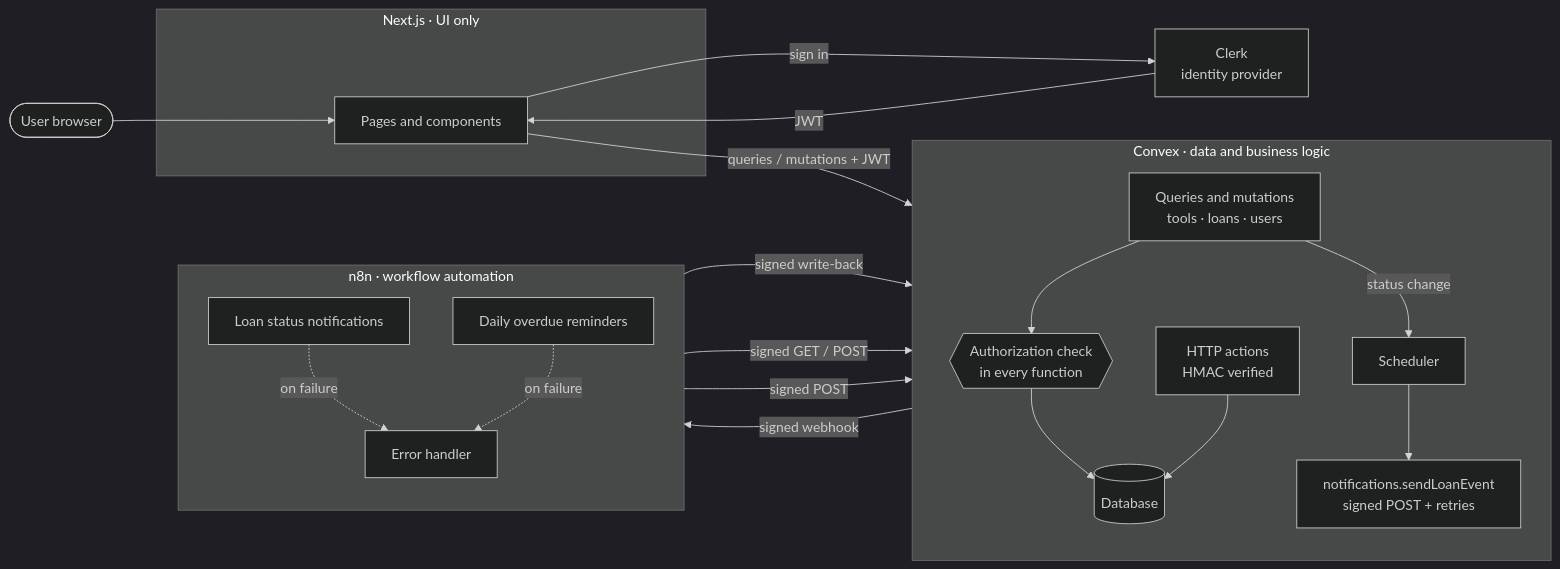
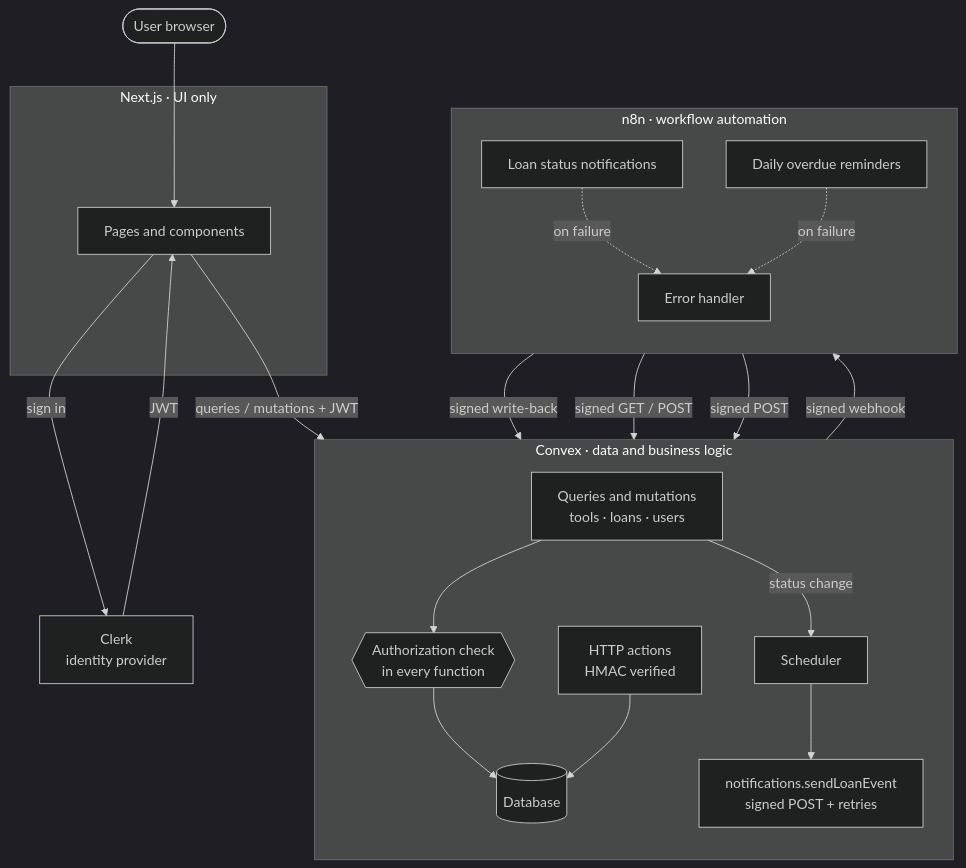
Before and after one commit to jhamiltonjunior/tool-lending-board: the first of 6 diagrams in README.md, drawn with Mermaid (dark theme).

Commit message:
docs: vertical architecture flowchart for readability

````diff
--- a/README.md
+++ b/README.md
@@ -63,41 +63,41 @@
 ```mermaid
-flowchart LR
+flowchart TB
     U([User browser])
 
     subgraph FE["Next.js · UI only"]
         UI[Pages and components]
     end
 
     CL[Clerk<br/>identity provider]
 
     subgraph CX["Convex · data and business logic"]
         direction TB
         FN["Queries and mutations<br/>tools · loans · users"]
         AZ{{"Authorization check<br/>in every function"}}
         DB[(Database)]
         SCH[Scheduler]
         ACT["notifications.sendLoanEvent<br/>signed POST + retries"]
         HTTP["HTTP actions<br/>HMAC verified"]
     end
 
     subgraph N8N["n8n · workflow automation"]
         direction TB
         W1[Loan status notifications]
         W2[Daily overdue reminders]
         W3[Error handler]
     end
 
     U --> UI
     UI -- sign in --> CL
     CL -- JWT --> UI
     UI -- "queries / mutations + JWT" --> FN
     FN --> AZ --> DB
     FN -- status change --> SCH --> ACT
     ACT -- "signed webhook" --> W1
     W1 -- "signed write-back" --> HTTP
     W2 -- "signed GET / POST" --> HTTP
     HTTP --> DB
     W1 -. on failure .-> W3
     W2 -. on failure .-> W3
     W3 -- "signed POST" --> HTTP
 ```
````
